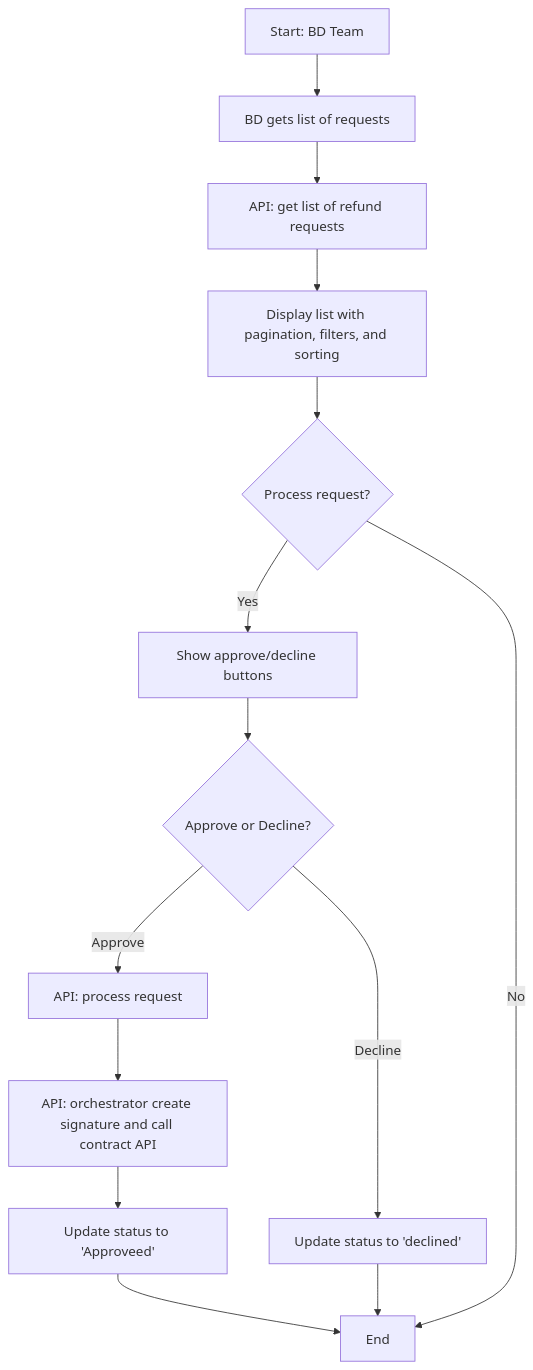
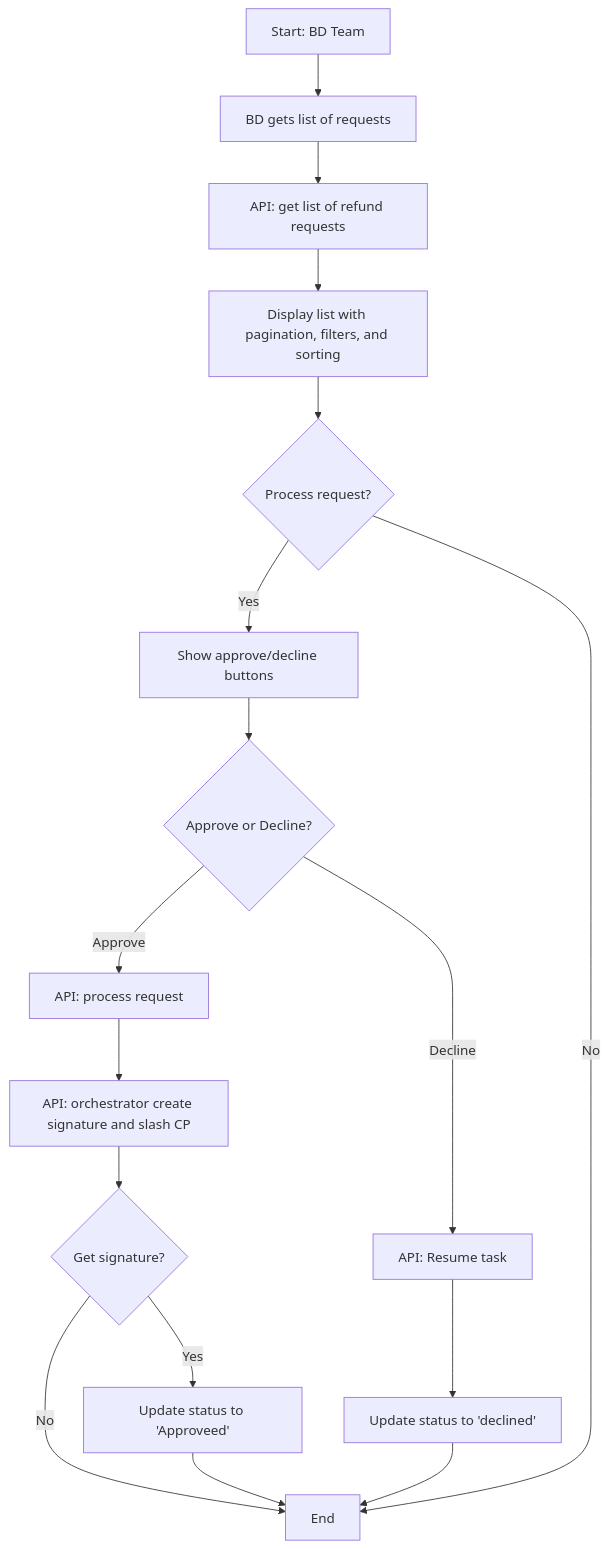
One commit to alphaflows/workbench changed the second of 2 diagrams in drafts/crm/refund_request.md. Above: the diagram before and after it, drawn with Mermaid. The commit also changed other lines of this file, not shown here.

````diff
--- a/drafts/crm/refund_request.md
+++ b/drafts/crm/refund_request.md
@@ -45,16 +55,19 @@
 ```mermaid
 flowchart TD
     H[Start: BD Team] --> I[BD gets list of requests]
     I --> J[API: get list of refund requests]
     J --> K[Display list with pagination, filters, and sorting]
     K --> L{Process request?}
     L -->|Yes| M[Show approve/decline buttons]
     M --> N{Approve or Decline?}
     N -->|Approve| O[API: process request]
-    O --> P[API: orchestrator create signature and call contract API]
-    P --> Q[Update status to 'Approveed']
-    N -->|Decline| R[Update status to 'declined']
-    Q --> S[End]
-    R --> S
+    O --> P[API: orchestrator create signature and slash CP]
+    P --> W{Get signature?}
+    W --> |Yes| Q[Update status to 'Approveed']
+    W --> |No| S[End]
+    N -->|Decline| R[API: Resume task]
+    R --> T[Update status to 'declined']
+    Q --> S
+    T --> S
     L -->|No| S
 ```
````
